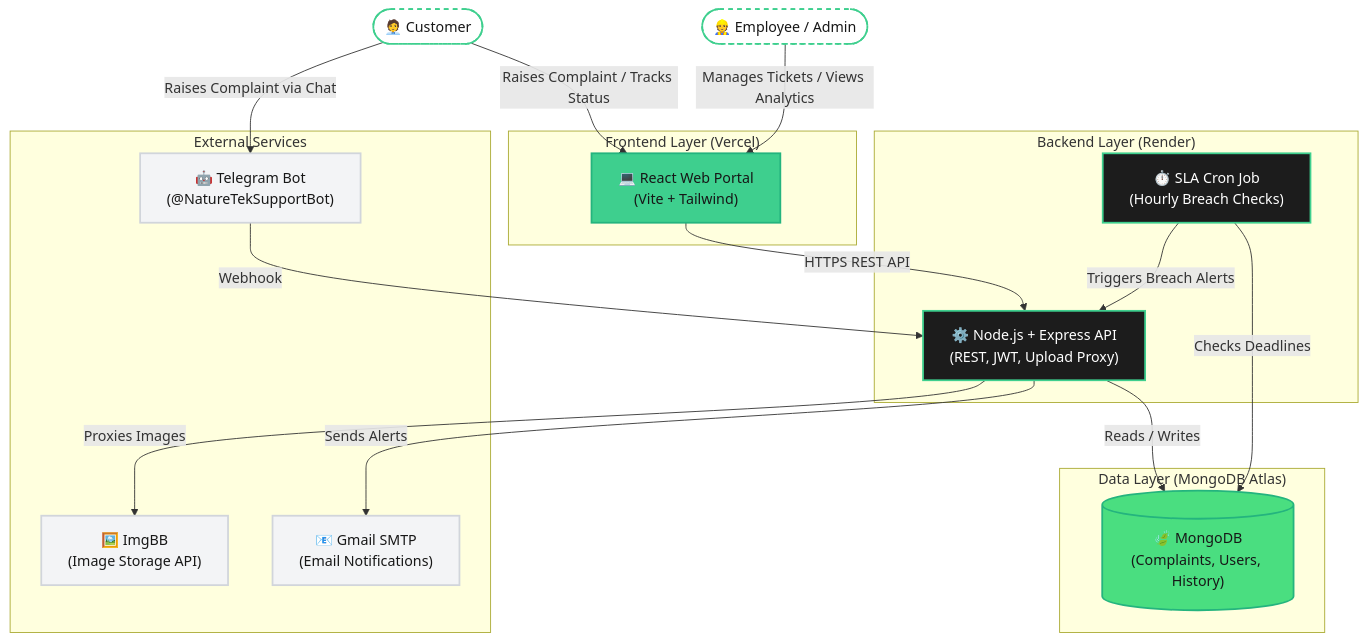
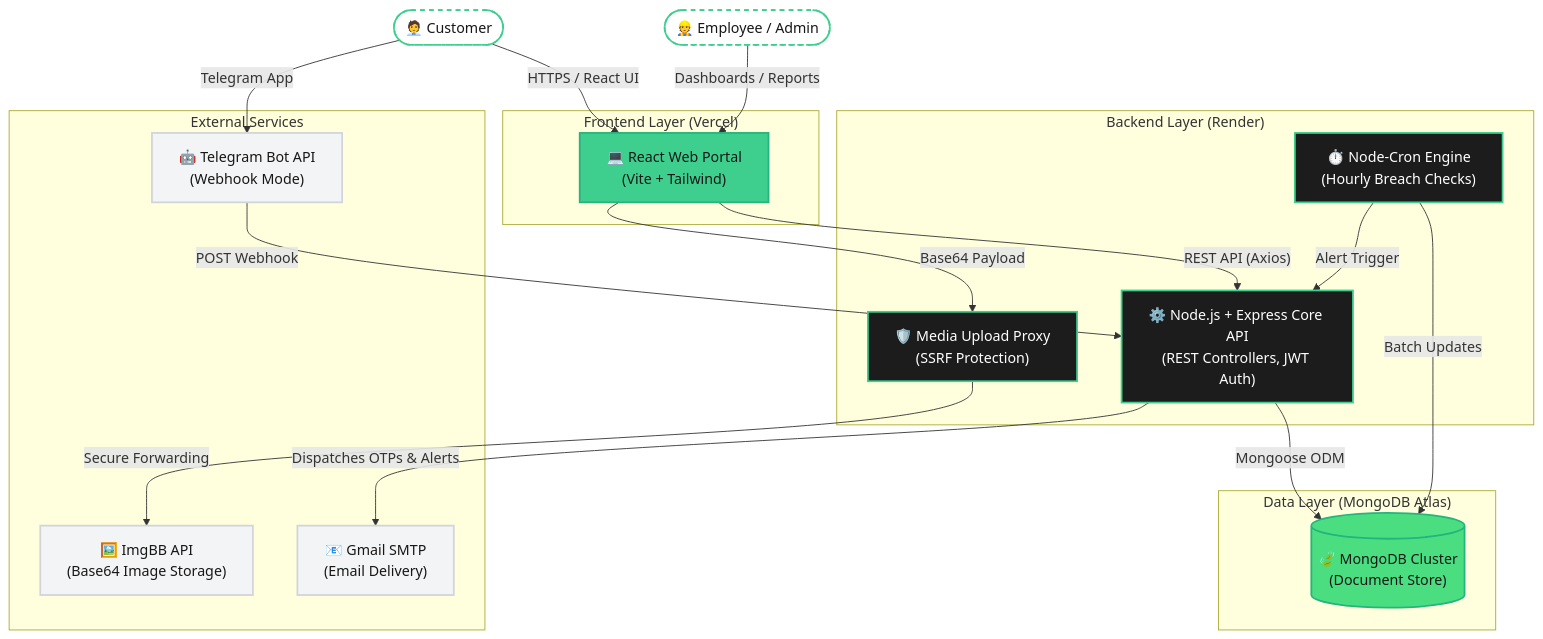
The first of 3 diagrams in docs/architecture.md (NotArsal/Solar-Customer-Grievance-Management-System), drawn with Mermaid before and after one commit. The commit also changed other lines of this file and 1 other file, not shown here.

Commit message:
docs: move and expand architecture diagrams to docs/architecture.md

````diff
--- a/docs/architecture.md
+++ b/docs/architecture.md
@@ -7,51 +11,52 @@
 ```mermaid
 graph TD
     %% Define Styles
     classDef frontend fill:#3ecf8e,stroke:#24b47e,stroke-width:2px,color:#171717;
     classDef backend fill:#1c1c1c,stroke:#3ecf8e,stroke-width:2px,color:#ffffff;
     classDef database fill:#4ade80,stroke:#24b47e,stroke-width:2px,color:#171717;
     classDef external fill:#f3f4f6,stroke:#d1d5db,stroke-width:2px,color:#171717;
     classDef user fill:#ffffff,stroke:#3ecf8e,stroke-width:2px,color:#171717,stroke-dasharray: 5 5;
 
     %% Actors
     Customer(["🧑‍💼 Customer"]):::user
     Employee(["👷 Employee / Admin"]):::user
 
     %% Frontend Layer
     subgraph Frontend ["Frontend Layer (Vercel)"]
         WebPortal["💻 React Web Portal<br/>(Vite + Tailwind)"]:::frontend
     end
 
     %% External Interfaces
     subgraph External ["External Services"]
-        TelegramBot["🤖 Telegram Bot<br/>(@NatureTekSupportBot)"]:::external
-        ImgBB["🖼️ ImgBB<br/>(Image Storage API)"]:::external
-        Nodemailer["📧 Gmail SMTP<br/>(Email Notifications)"]:::external
+        TelegramBot["🤖 Telegram Bot API<br/>(Webhook Mode)"]:::external
+        ImgBB["🖼️ ImgBB API<br/>(Base64 Image Storage)"]:::external
+        Nodemailer["📧 Gmail SMTP<br/>(Email Delivery)"]:::external
     end
 
     %% Backend Layer
     subgraph Backend ["Backend Layer (Render)"]
-        NodeAPI["⚙️ Node.js + Express API<br/>(REST, JWT, Upload Proxy)"]:::backend
-        SLAEngine["⏱️ SLA Cron Job<br/>(Hourly Breach Checks)"]:::backend
+        NodeAPI["⚙️ Node.js + Express Core API<br/>(REST Controllers, JWT Auth)"]:::backend
+        SLAEngine["⏱️ Node-Cron Engine<br/>(Hourly Breach Checks)"]:::backend
+        UploadProxy["🛡️ Media Upload Proxy<br/>(SSRF Protection)"]:::backend
     end
 
     %% Data Layer
     subgraph Data ["Data Layer (MongoDB Atlas)"]
-        MongoDB[("🍃 MongoDB<br/>(Complaints, Users, History)")]:::database
+        MongoDB[("🍃 MongoDB Cluster<br/>(Document Store)")]:::database
     end
 
     %% Relationships
-    Customer -- "Raises Complaint / Tracks Status" --> WebPortal
-    Customer -- "Raises Complaint via Chat" --> TelegramBot
-    Employee -- "Manages Tickets / Views Analytics" --> WebPortal
+    Customer -- "HTTPS / React UI" --> WebPortal
+    Customer -- "Telegram App" --> TelegramBot
+    Employee -- "Dashboards / Reports" --> WebPortal
 
-    WebPortal -- "HTTPS REST API" --> NodeAPI
-    TelegramBot -- "Webhook" --> NodeAPI
+    WebPortal -- "REST API (Axios)" --> NodeAPI
+    WebPortal -- "Base64 Payload" --> UploadProxy
+    TelegramBot -- "POST Webhook" --> NodeAPI
 
-    NodeAPI -- "Proxies Images" --> ImgBB
-    NodeAPI -- "Sends Alerts" --> Nodemailer
-    NodeAPI -- "Reads / Writes" --> MongoDB
-
-    SLAEngine -- "Checks Deadlines" --> MongoDB
-    SLAEngine -- "Triggers Breach Alerts" --> NodeAPI
+    UploadProxy -- "Secure Forwarding" --> ImgBB
+    NodeAPI -- "Dispatches OTPs & Alerts" --> Nodemailer
+    NodeAPI -- "Mongoose ODM" --> MongoDB
+    SLAEngine -- "Batch Updates" --> MongoDB
+    SLAEngine -- "Alert Trigger" --> NodeAPI
 ```
````
